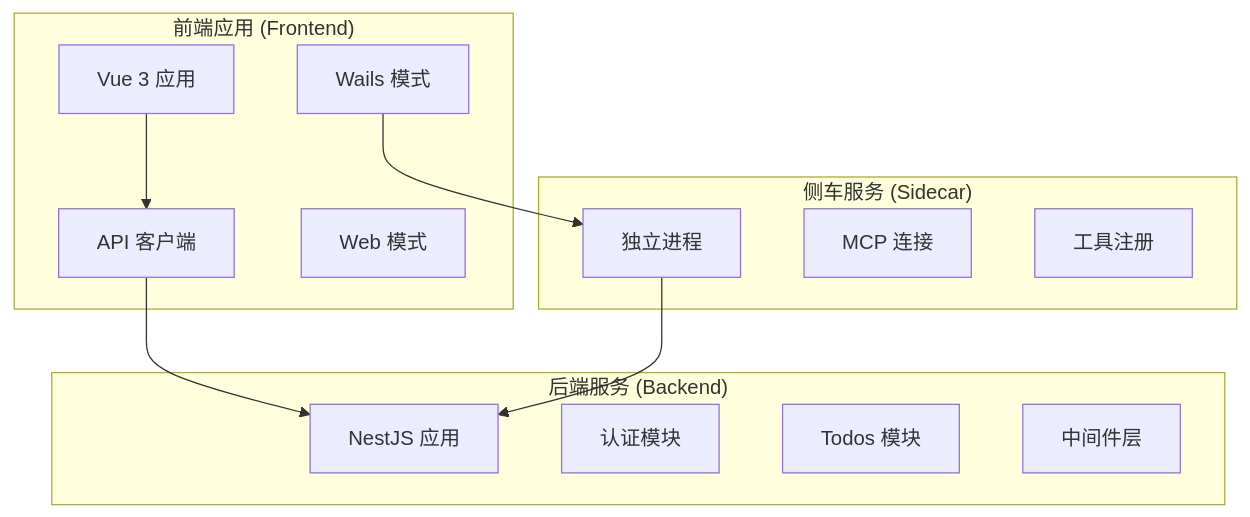
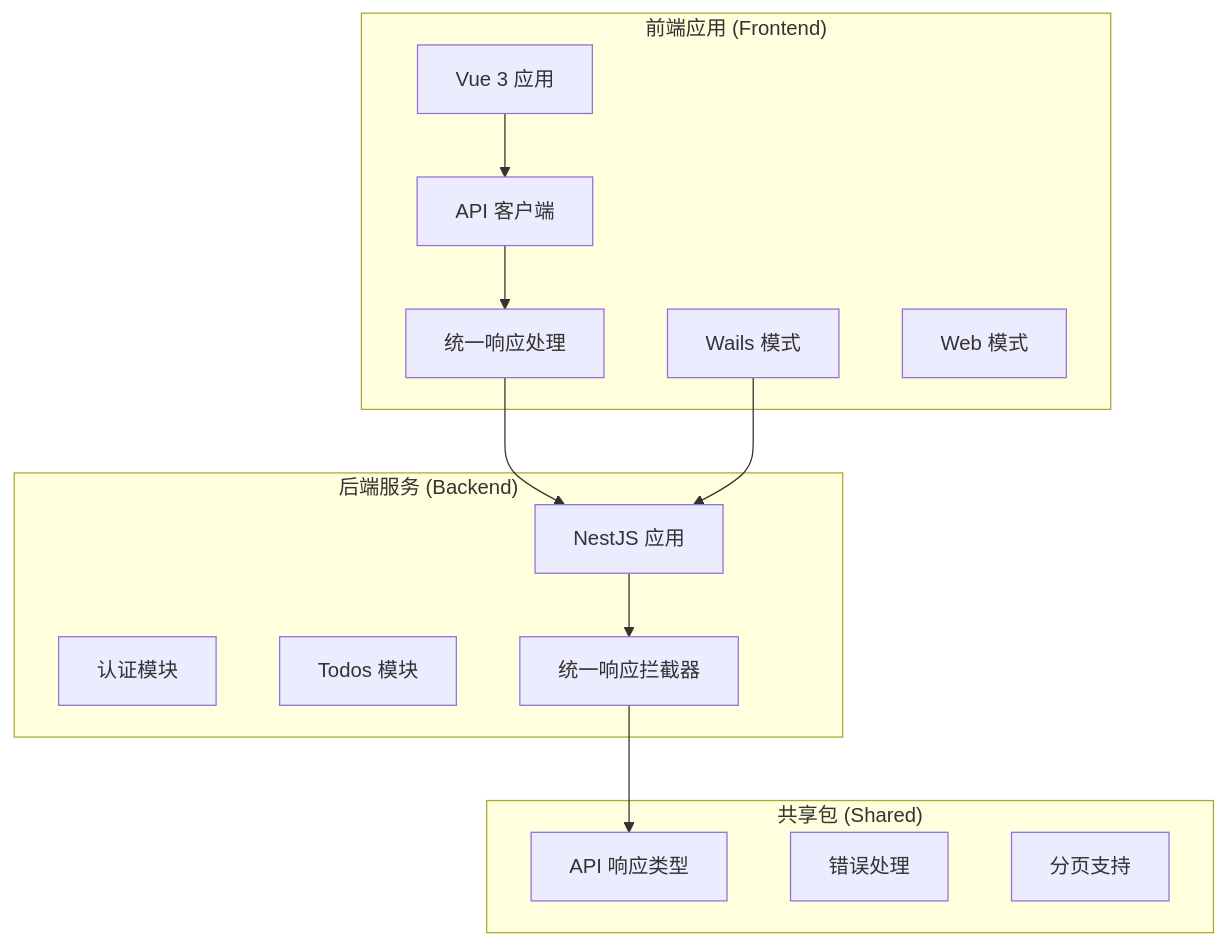
One commit to xixixiaoyu/Todo changed the first of 14 diagrams in .qoder/repowiki/zh/content/前端架构/API配置现代化.md. Above: the diagram before and after it, drawn with Mermaid. The commit also changed other lines of this file and 5 other files, not shown here.

````diff
--- a/.qoder/repowiki/zh/content/前端架构/API配置现代化.md
+++ b/.qoder/repowiki/zh/content/前端架构/API配置现代化.md
@@ -48,24 +64,27 @@
 ```mermaid
 graph TB
 subgraph "前端应用 (Frontend)"
 FE1[Vue 3 应用]
 FE2[API 客户端]
-FE3[Wails 模式]
-FE4[Web 模式]
+FE3[统一响应处理]
+FE4[Wails 模式]
+FE5[Web 模式]
 end
 subgraph "后端服务 (Backend)"
 BE1[NestJS 应用]
 BE2[认证模块]
 BE3[Todos 模块]
-BE4[中间件层]
+BE4[统一响应拦截器]
 end
-subgraph "侧车服务 (Sidecar)"
-SC1[独立进程]
-SC2[MCP 连接]
-SC3[工具注册]
+subgraph "共享包 (Shared)"
+SH1[API 响应类型]
+SH2[错误处理]
+SH3[分页支持]
 end
 FE1 --> FE2
-FE2 --> BE1
-FE3 --> SC1
-SC1 --> BE1
+FE2 --> FE3
+FE3 --> BE1
+FE4 --> BE1
+BE1 --> BE4
+BE4 --> SH1
 ```
````
